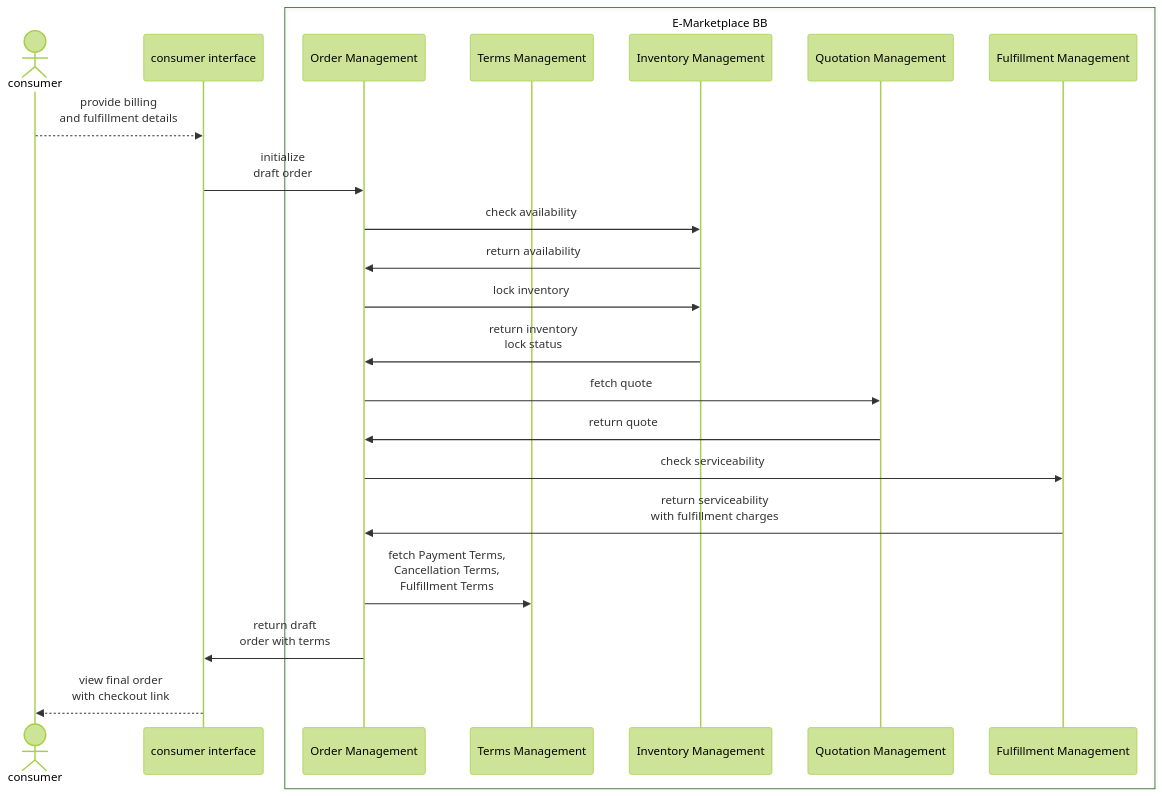
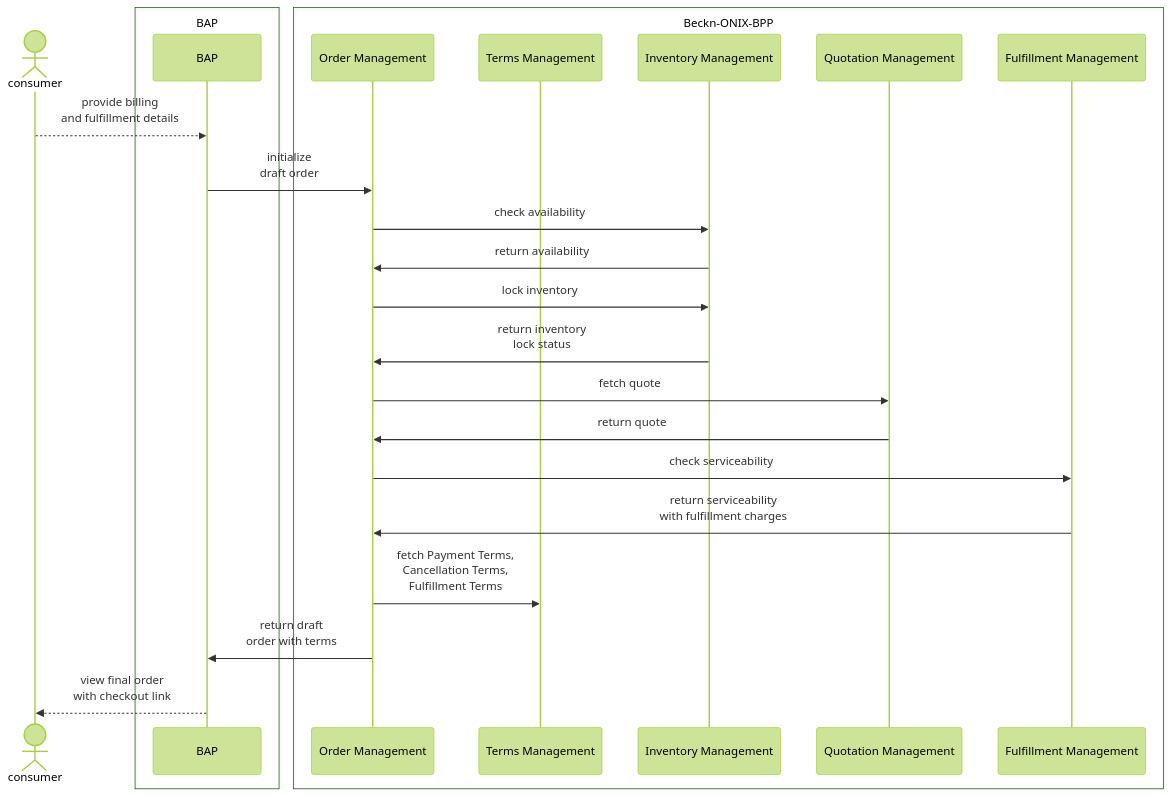
The fifth of 17 diagrams in README.md (rajaneeshk90/gitbook-exp), drawn with Mermaid (forest theme) before and after one commit. The commit also changed other lines of this file, not shown here.

Commit message:
GITBOOK-7: Updated sequence diagram for all APIs

````diff
--- a/README.md
+++ b/README.md
@@ -131,29 +154,28 @@
 ```mermaid
 sequenceDiagram
     Actor consumer
-    participant consumer interface
-    box E-Marketplace BB
+    box BAP
+    participant BAP
+    end
+    box Beckn-ONIX-BPP
     participant Order Management
     participant Terms Management
     participant Inventory Management
     participant Quotation Management
     participant Fulfillment Management
     end
-    consumer-->>consumer interface: provide billing <br/> and fulfillment details
-    consumer interface->>Order Management: initialize <br/> draft order
+    consumer-->>BAP: provide billing <br/> and fulfillment details
+    BAP->>Order Management: initialize <br/> draft order
     Order Management->>Inventory Management: check availability
     Inventory Management->>Order Management: return availability
     Order Management->>Inventory Management: lock inventory
     Inventory Management->>Order Management: return inventory <br/> lock status
     Order Management->>Quotation Management: fetch quote
     Quotation Management->>Order Management: return quote
     Order Management->>Fulfillment Management: check serviceability
     Fulfillment Management->>Order Management: return serviceability <br/> with fulfillment charges
     Order Management->>Terms Management: fetch Payment Terms, <br/> Cancellation Terms, <br/> Fulfillment Terms
     
-Order Management->>consumer interface: return draft <br/> order with terms 
-    consumer interface-->>consumer:view final order <br/> with checkout link
-
-            
-
+Order Management->>BAP: return draft <br/> order with terms 
+    BAP-->>consumer:view final order <br/> with checkout link
 ```
````
